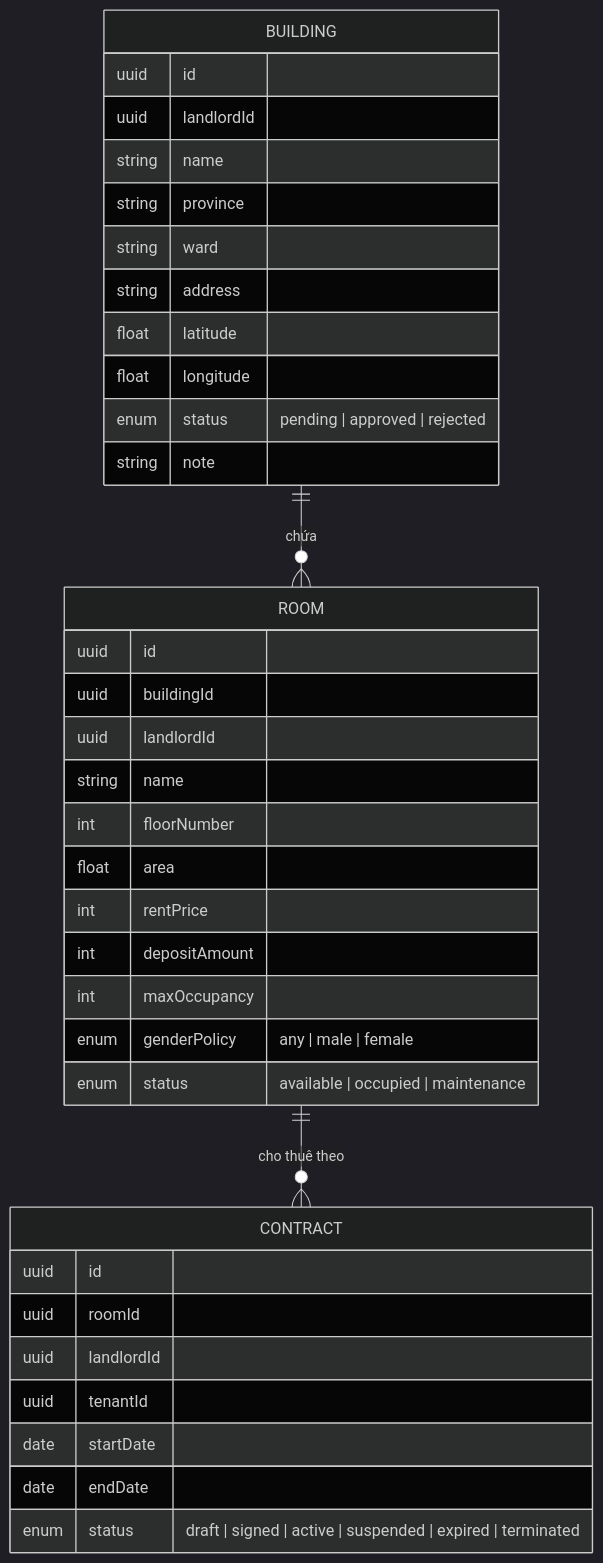
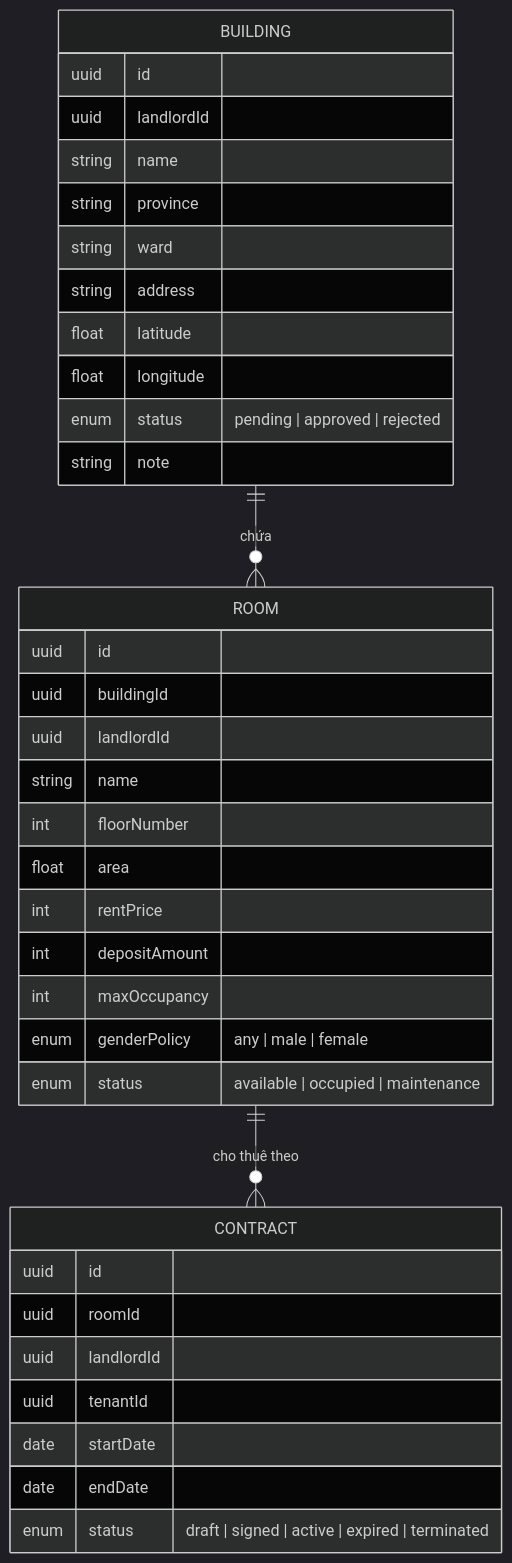
Before and after one commit to pbl6-home-renter/Tenancy-Service: the second of 2 diagrams in README.md, drawn with Mermaid (dark theme). The commit also changed other lines of this file and 55 other files, not shown here.

````diff
--- a/README.md
+++ b/README.md
@@ -231,39 +231,39 @@
 ```mermaid
 erDiagram
     BUILDING ||--o{ ROOM : "chứa"
     ROOM ||--o{ CONTRACT : "cho thuê theo"
     BUILDING {
         uuid id
         uuid landlordId
         string name
         string province
         string ward
         string address
         float latitude
         float longitude
         enum status "pending | approved | rejected"
         string note
     }
     ROOM {
         uuid id
         uuid buildingId
         uuid landlordId
         string name
         int floorNumber
         float area
         int rentPrice
         int depositAmount
         int maxOccupancy
         enum genderPolicy "any | male | female"
         enum status "available | occupied | maintenance"
     }
     CONTRACT {
         uuid id
         uuid roomId
         uuid landlordId
         uuid tenantId
         date startDate
         date endDate
-        enum status "draft | signed | active | suspended | expired | terminated"
+        enum status "draft | signed | active | expired | terminated"
     }
 ```
````
